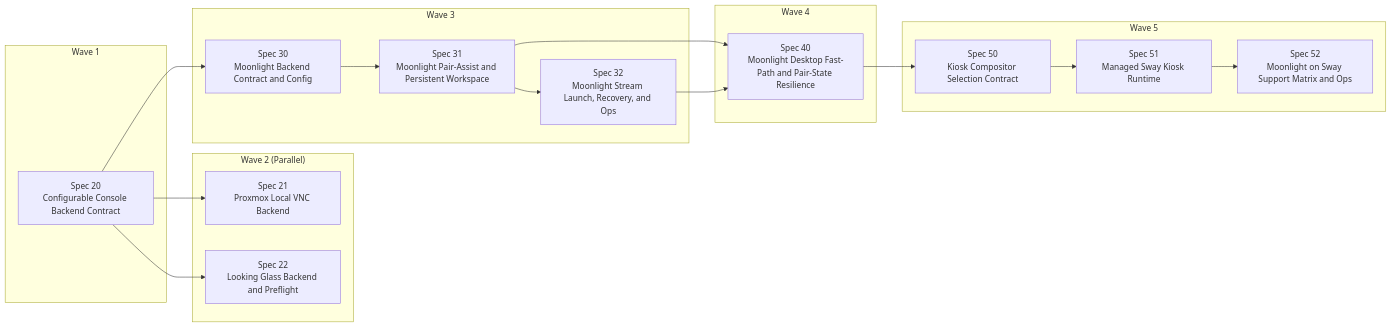
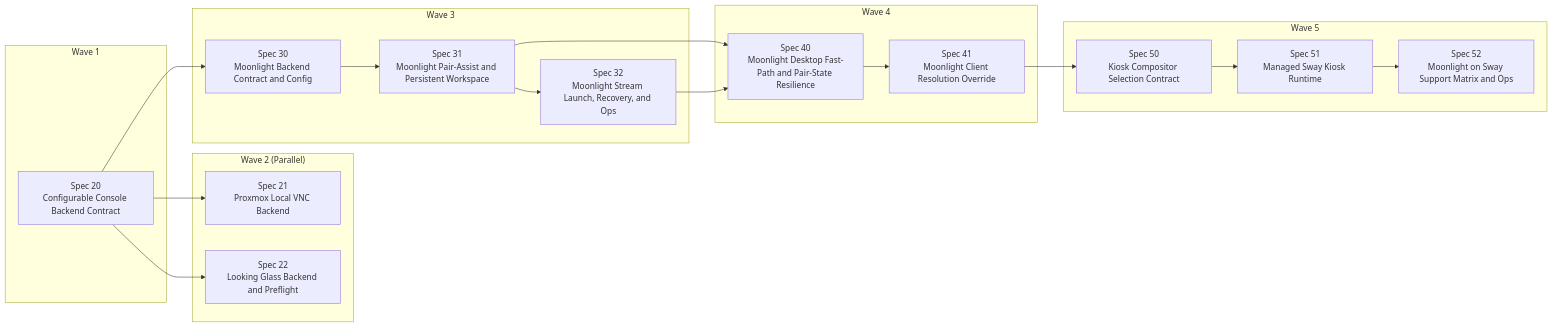
The diagram in specs/README.md (tpdns90321/RelayInnerDisplayScript), drawn with Mermaid before and after one commit. The commit also changed other lines of this file and 2 other files, not shown here.

Commit message:
SPEC-41 Doc: add resolution option for moonlight

````diff
--- a/specs/README.md
+++ b/specs/README.md
@@ -89,38 +93,40 @@
 ```mermaid
 flowchart LR
     subgraph Wave_1["Wave 1"]
         S20["Spec 20\nConfigurable Console Backend Contract"]
     end
 
     subgraph Wave_2["Wave 2 (Parallel)"]
         S21["Spec 21\nProxmox Local VNC Backend"]
         S22["Spec 22\nLooking Glass Backend and Preflight"]
     end
 
     subgraph Wave_3["Wave 3"]
         S30["Spec 30\nMoonlight Backend Contract and Config"]
         S31["Spec 31\nMoonlight Pair-Assist and Persistent Workspace"]
         S32["Spec 32\nMoonlight Stream Launch, Recovery, and Ops"]
     end
 
     subgraph Wave_4["Wave 4"]
         S40["Spec 40\nMoonlight Desktop Fast-Path and Pair-State Resilience"]
+        S41["Spec 41\nMoonlight Client Resolution Override"]
     end
 
     subgraph Wave_5["Wave 5"]
         S50["Spec 50\nKiosk Compositor Selection Contract"]
         S51["Spec 51\nManaged Sway Kiosk Runtime"]
         S52["Spec 52\nMoonlight on Sway Support Matrix and Ops"]
     end
 
     S20 --> S21
     S20 --> S22
     S20 --> S30
     S30 --> S31
     S31 --> S32
     S31 --> S40
     S32 --> S40
-    S40 --> S50
+    S40 --> S41
+    S41 --> S50
     S50 --> S51
     S51 --> S52
 ```
````
